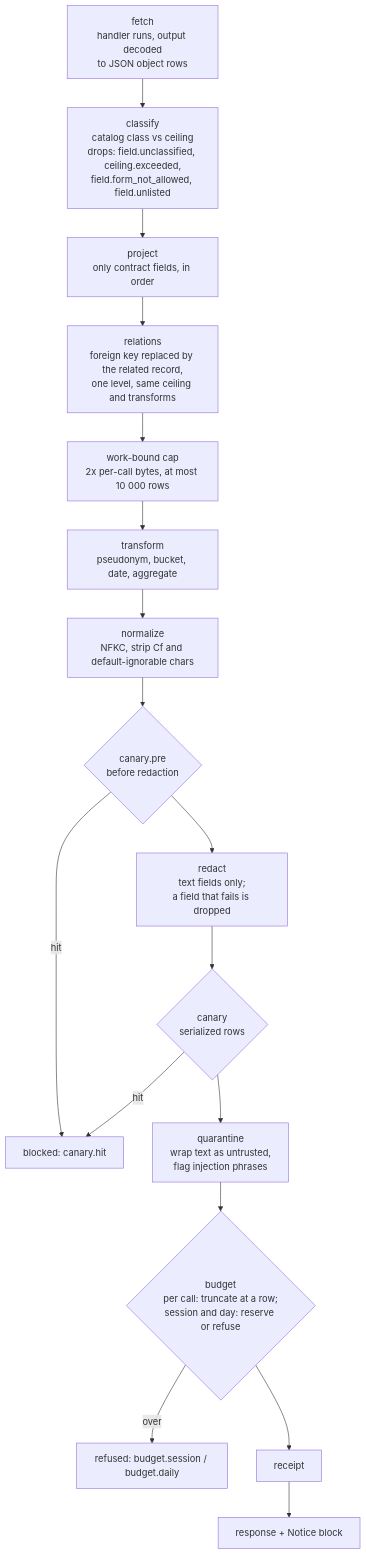
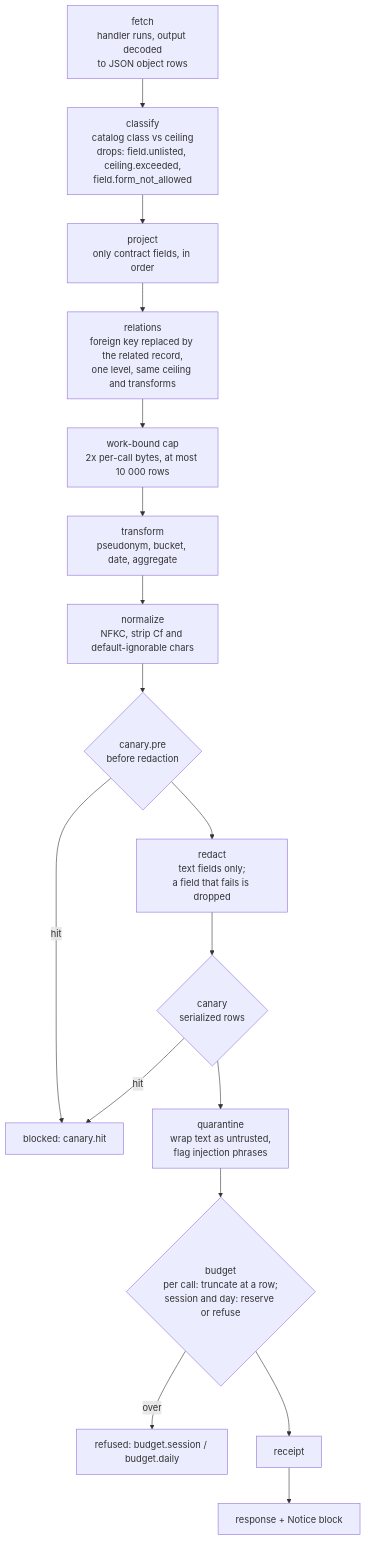
The fifth of 8 diagrams in README.md (EverRest/context-gate), drawn with Mermaid before and after one commit. The commit also changed other lines of this file and 3 other files, not shown here.

````diff
--- a/README.md
+++ b/README.md
@@ -513,18 +513,18 @@
 ```mermaid
 flowchart TD
   fetch["fetch<br/>handler runs, output decoded<br/>to JSON object rows"] --> classify
-  classify["classify<br/>catalog class vs ceiling<br/>drops: field.unclassified, ceiling.exceeded,<br/>field.form_not_allowed, field.unlisted"] --> project
+  classify["classify<br/>catalog class vs ceiling<br/>drops: field.unlisted, ceiling.exceeded,<br/>field.form_not_allowed"] --> project
   project["project<br/>only contract fields, in order"] --> relations
   relations["relations<br/>foreign key replaced by the related record,<br/>one level, same ceiling and transforms"] --> cap
   cap["work-bound cap<br/>2x per-call bytes, at most 10 000 rows"] --> transform
   transform["transform<br/>pseudonym, bucket, date, aggregate"] --> normalize
   normalize["normalize<br/>NFKC, strip Cf and default-ignorable chars"] --> pre
   pre{"canary.pre<br/>before redaction"} -- hit --> blocked["blocked: canary.hit"]
   pre --> redact
   redact["redact<br/>text fields only;<br/>a field that fails is dropped"] --> canary
   canary{"canary<br/>serialized rows"} -- hit --> blocked
   canary --> quarantine
   quarantine["quarantine<br/>wrap text as untrusted,<br/>flag injection phrases"] --> budget
   budget{"budget<br/>per call: truncate at a row;<br/>session and day: reserve or refuse"} -- over --> refusedB["refused: budget.session / budget.daily"]
   budget --> receipt["receipt"] --> response["response + Notice block"]
 ```
````
